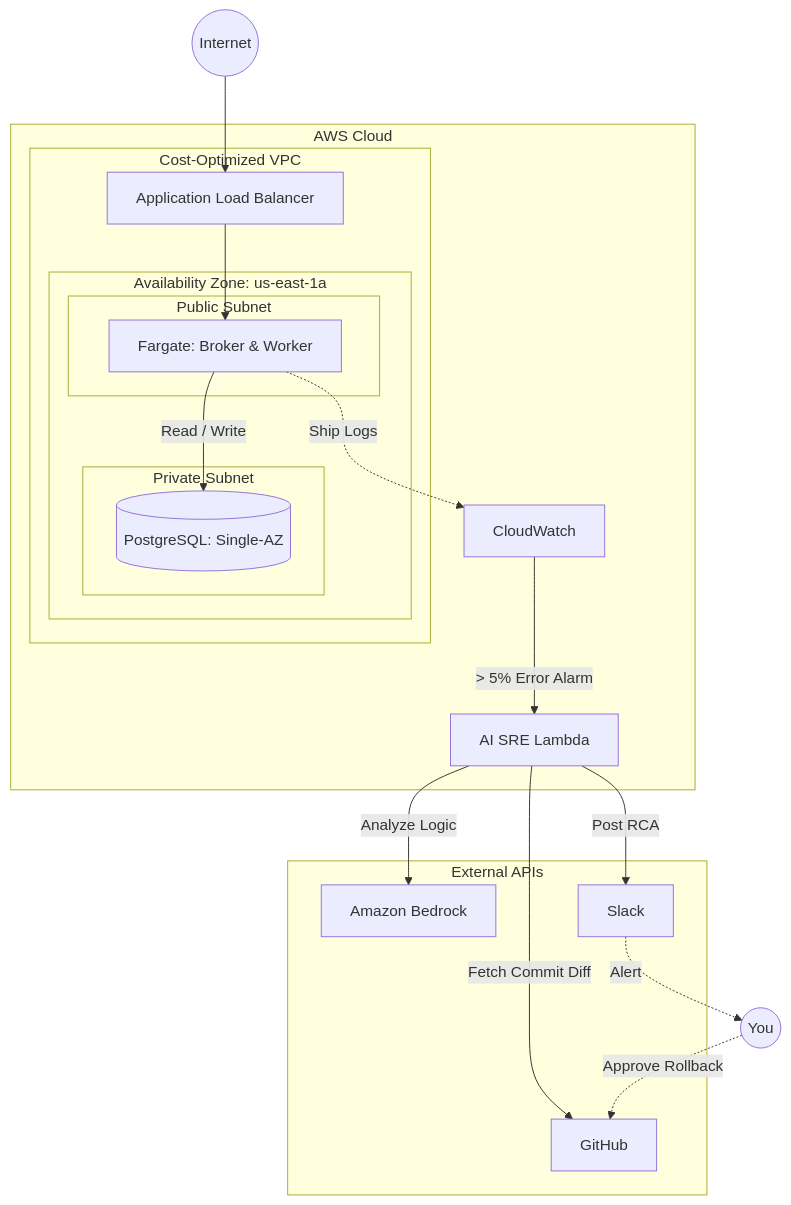
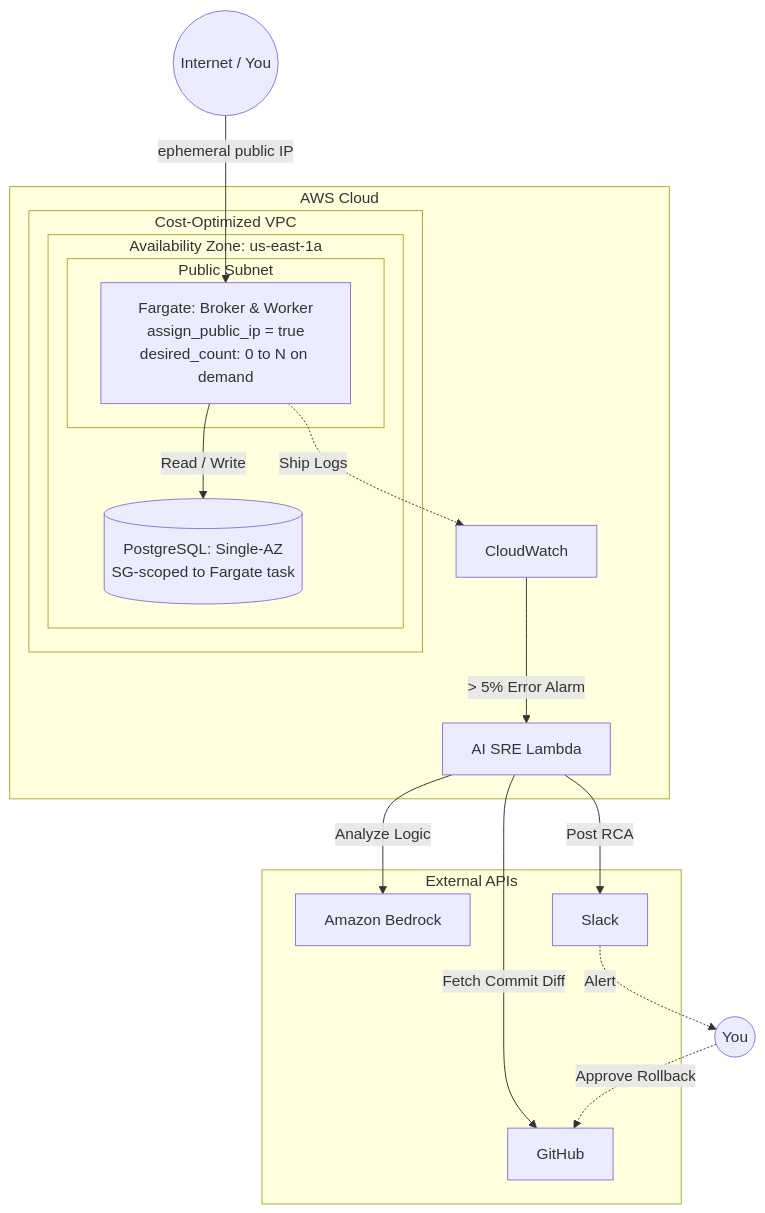
One commit to aceransh/aegis changed the diagram in README.md. Above: the diagram before and after it, drawn with Mermaid. The commit also changed other lines of this file and 2 other files, not shown here.

````diff
--- a/README.md
+++ b/README.md
@@ -33,44 +42,38 @@
 ```mermaid
 graph TD
     subgraph AWS Cloud
         subgraph Cost-Optimized VPC
-            ALB[Application Load Balancer]
-
             subgraph Availability Zone: us-east-1a
                 subgraph Public Subnet
-                    FARGATE[Fargate: Broker & Worker]
+                    FARGATE[Fargate: Broker & Worker<br/>assign_public_ip = true<br/>desired_count: 0 to N on demand]
                 end
-
-                subgraph Private Subnet
-                    RDS[(PostgreSQL: Single-AZ)]
-                end
+                RDS[(PostgreSQL: Single-AZ<br/>SG-scoped to Fargate task)]
             end
         end
 
         CW[CloudWatch]
         LAMBDA[AI SRE Lambda]
     end
 
     %% Internal Traffic Flow
-    Internet((Internet)) --> ALB
-    ALB --> FARGATE
+    Internet((Internet / You)) -->|ephemeral public IP| FARGATE
     FARGATE -->|Read / Write| RDS
 
     %% Observability Flow
     FARGATE -.->|Ship Logs| CW
     CW -->|> 5% Error Alarm| LAMBDA
 
     %% AI Agent Flow
     subgraph External APIs
         GH[GitHub]
         LLM[Amazon Bedrock]
         SLACK[Slack]
     end
 
     LAMBDA -->|Fetch Commit Diff| GH
     LAMBDA -->|Analyze Logic| LLM
     LAMBDA -->|Post RCA| SLACK
     USER((You)) -.->|Approve Rollback| GH
     SLACK -.->|Alert| USER
 
 ```
````
